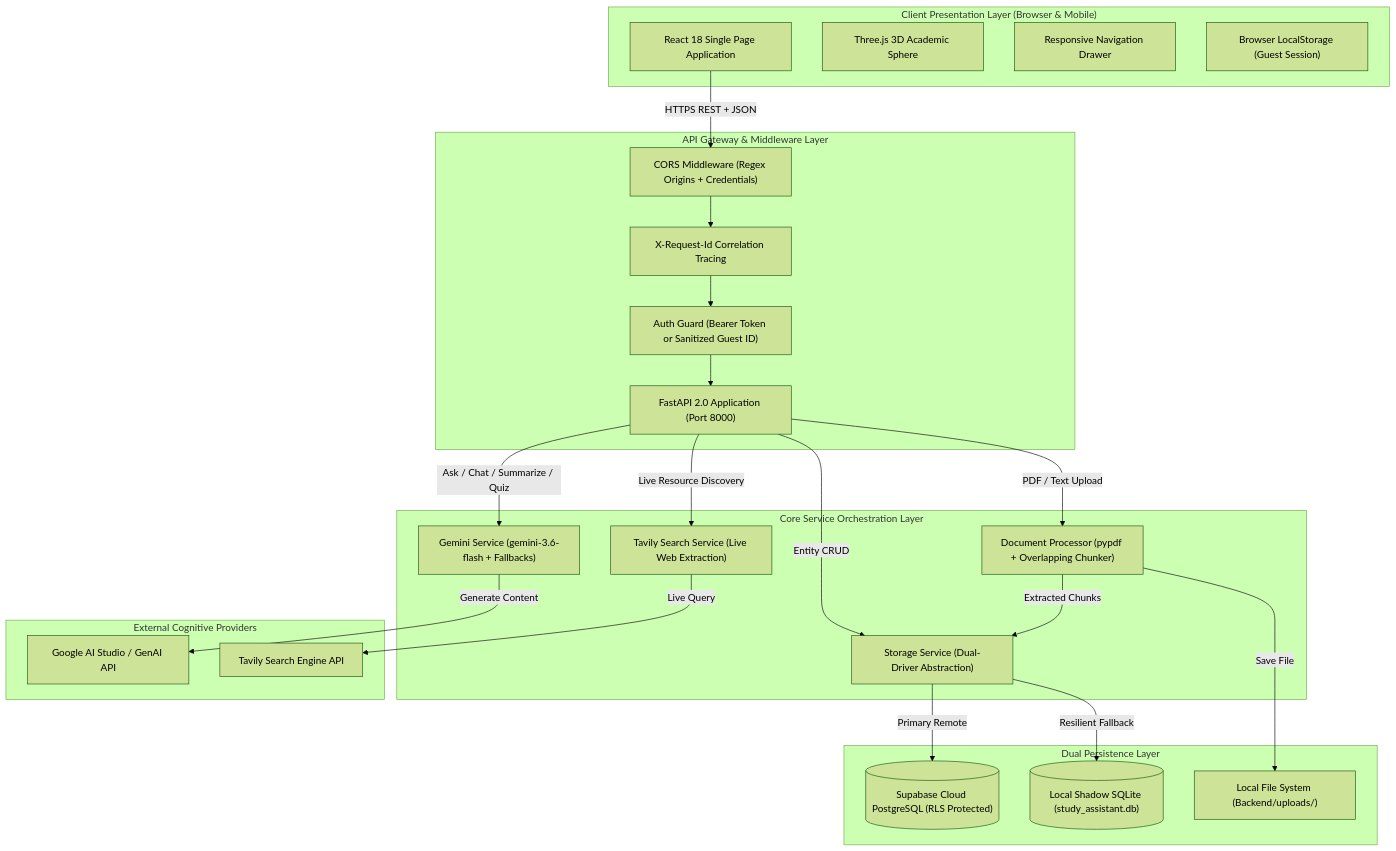
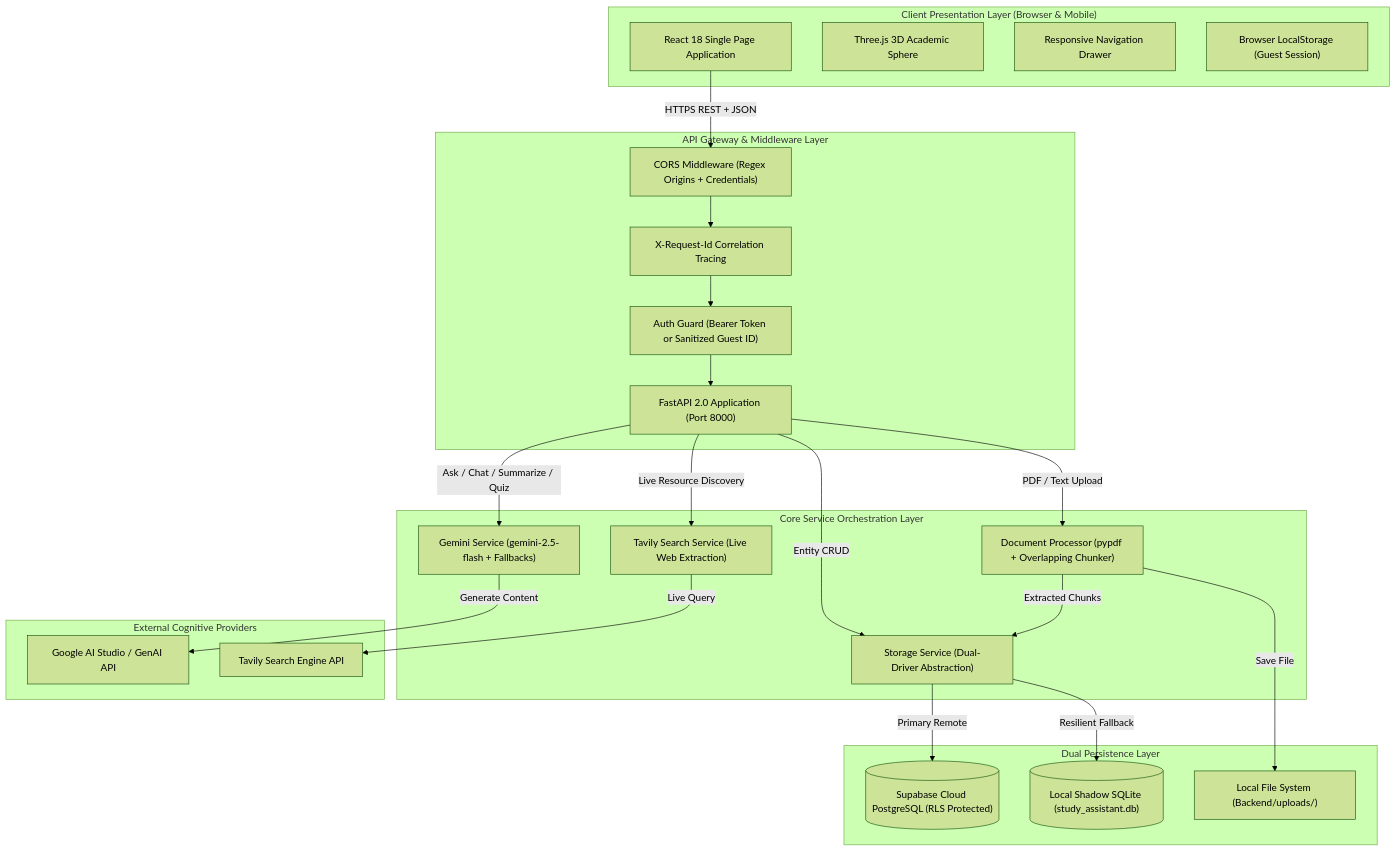
The third of 5 diagrams in docs/ARCHITECTURE.md (Ashish10102006/ai-study-assistant), drawn with Mermaid (forest theme) before and after one commit. The commit also changed other lines of this file and 4 other files, not shown here.

Commit message:
docs: align model references to gemini-2.5-flash and add production verification script

````diff
--- a/docs/ARCHITECTURE.md
+++ b/docs/ARCHITECTURE.md
@@ -68,56 +68,56 @@
 ```mermaid
 flowchart TD
     subgraph ClientLayer ["Client Presentation Layer (Browser & Mobile)"]
         UI["React 18 Single Page Application"]
         ThreeCanvas["Three.js 3D Academic Sphere"]
         MobileDrawer["Responsive Navigation Drawer"]
         LocalStore["Browser LocalStorage (Guest Session)"]
     end
 
     subgraph GatewayLayer ["API Gateway & Middleware Layer"]
         FastAPIApp["FastAPI 2.0 Application (Port 8000)"]
         CORSMw["CORS Middleware (Regex Origins + Credentials)"]
         TraceMw["X-Request-Id Correlation Tracing"]
         AuthMw["Auth Guard (Bearer Token or Sanitized Guest ID)"]
     end
 
     subgraph ServiceLayer ["Core Service Orchestration Layer"]
-        GeminiSvc["Gemini Service (gemini-3.6-flash + Fallbacks)"]
+        GeminiSvc["Gemini Service (gemini-2.5-flash + Fallbacks)"]
         TavilySvc["Tavily Search Service (Live Web Extraction)"]
         DocProc["Document Processor (pypdf + Overlapping Chunker)"]
         StorageSvc["Storage Service (Dual-Driver Abstraction)"]
     end
 
     subgraph PersistenceLayer ["Dual Persistence Layer"]
         SupabasePostgres[("Supabase Cloud PostgreSQL (RLS Protected)")]
         LocalSQLite[("Local Shadow SQLite (study_assistant.db)")]
         DiskStorage["Local File System (Backend/uploads/)"]
     end
 
     subgraph UpstreamAI ["External Cognitive Providers"]
         GoogleAI["Google AI Studio / GenAI API"]
         TavilyAPI["Tavily Search Engine API"]
     end
 
     %% Client to Gateway
     UI -->|HTTPS REST + JSON| CORSMw
     CORSMw --> TraceMw
     TraceMw --> AuthMw
     AuthMw --> FastAPIApp
 
     %% Gateway to Services
     FastAPIApp -->|Ask / Chat / Summarize / Quiz| GeminiSvc
     FastAPIApp -->|Live Resource Discovery| TavilySvc
     FastAPIApp -->|PDF / Text Upload| DocProc
     FastAPIApp -->|Entity CRUD| StorageSvc
 
     %% Service to Upstream
     GeminiSvc -->|Generate Content| GoogleAI
     TavilySvc -->|Live Query| TavilyAPI
     DocProc -->|Save File| DiskStorage
 
     %% Storage Routing
     StorageSvc -->|Primary Remote| SupabasePostgres
     StorageSvc -->|Resilient Fallback| LocalSQLite
     DocProc -->|Extracted Chunks| StorageSvc
 ```
````
